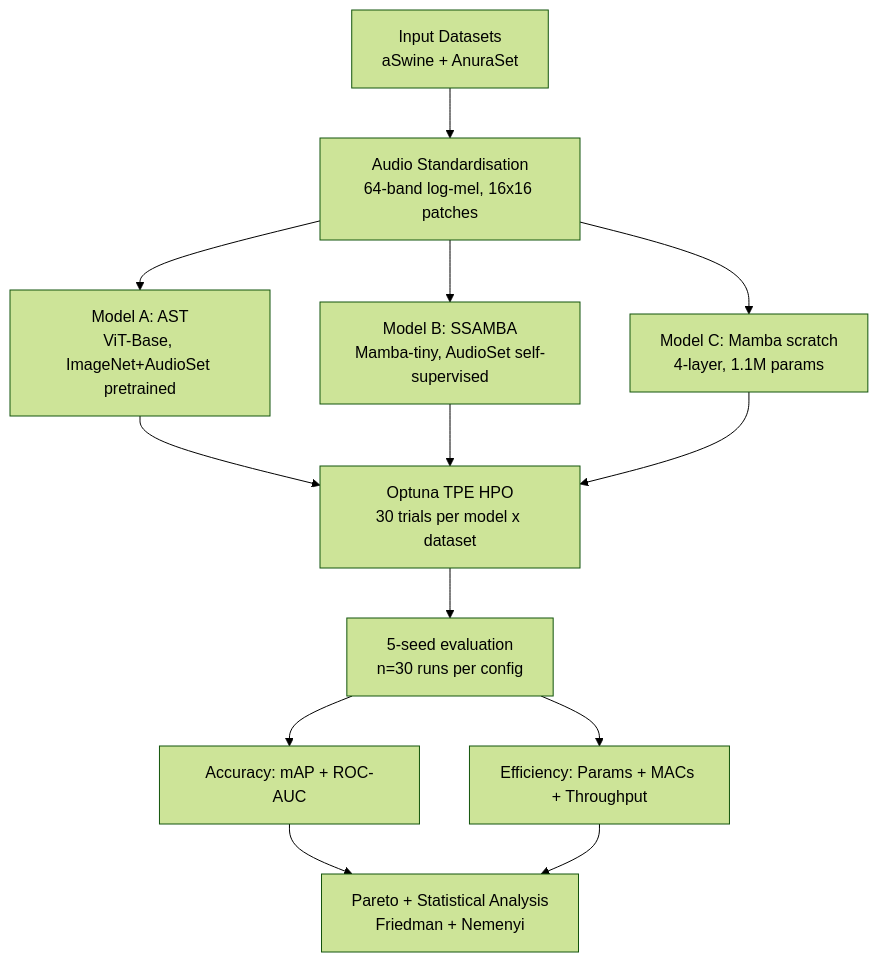
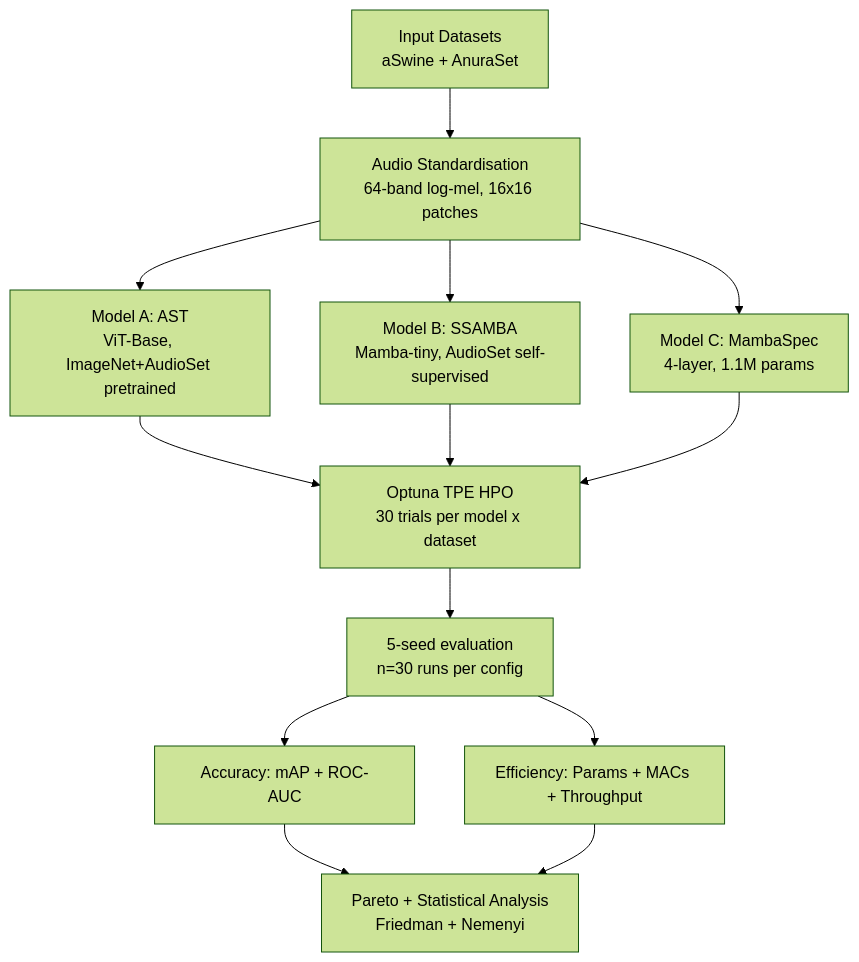
One commit to andremsouza/ssm-bioaed-iot changed the fourth of 6 diagrams in README.md. Above: the diagram before and after it, drawn with Mermaid (forest theme). The commit also changed other lines of this file and 7 other files, not shown here.

````diff
--- a/README.md
+++ b/README.md
@@ -80,18 +80,18 @@
 ```mermaid
 flowchart TD
   A[Input Datasets</br>aSwine + AnuraSet] --> B[Audio Standardisation</br>64-band log-mel, 16x16 patches]
 
   B --> G1[Model A: AST</br>ViT-Base, ImageNet+AudioSet pretrained]
   B --> G2[Model B: SSAMBA</br>Mamba-tiny, AudioSet self-supervised]
-  B --> G3[Model C: Mamba scratch</br>4-layer, 1.1M params]
+  B --> G3[Model C: MambaSpec</br>4-layer, 1.1M params]
 
   G1 --> H[Optuna TPE HPO</br>30 trials per model x dataset]
   G2 --> H
   G3 --> H
 
   H --> I[5-seed evaluation</br>n=30 runs per config]
   I --> J1[Accuracy: mAP + ROC-AUC]
   I --> J2[Efficiency: Params + MACs + Throughput]
   J1 --> K[Pareto + Statistical Analysis</br>Friedman + Nemenyi]
   J2 --> K
 ```
````
